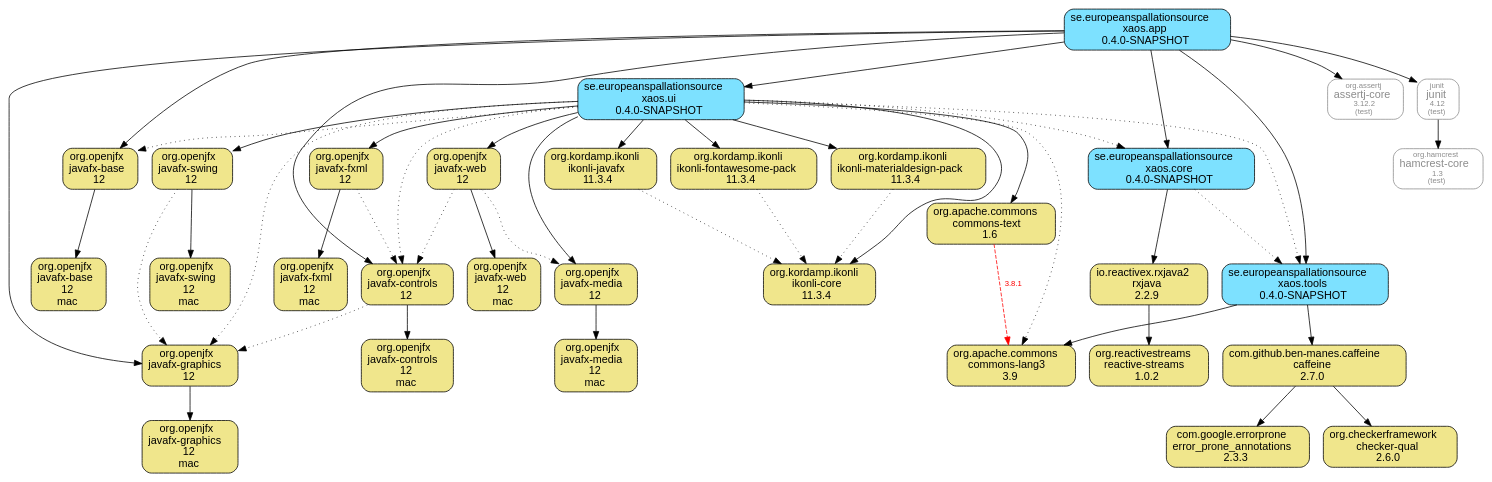
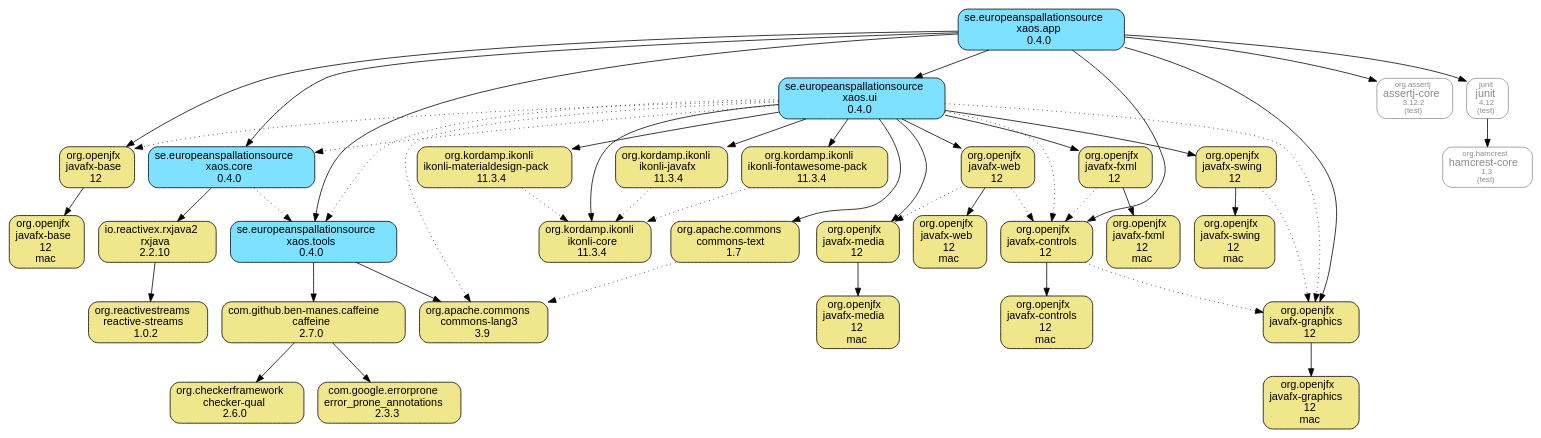
One commit to ESSICS/XAOS changed the diagram in xaos.app.module/doc/maven-dependencies.dot. Above: the diagram before and after it, drawn with Graphviz. The commit also changed 35 other files, not shown here.

```diff
--- a/xaos.app.module/doc/maven-dependencies.dot
+++ b/xaos.app.module/doc/maven-dependencies.dot
@@ -1,87 +1,87 @@
 digraph "xaos.app" {
   node [shape="box",style="rounded",fontname="Helvetica",fontsize="14"]
   edge [fontsize="10",fontname="Helvetica"]
 
   // Node Definitions:
   "org.openjfx:javafx-base:jar"[shape="box",style="rounded, filled",fillcolor="khaki",label=<org.openjfx<br/>javafx-base<br/>12>]
   "org.openjfx:javafx-base:jar:mac"[shape="box",style="rounded, filled",fillcolor="khaki",label=<org.openjfx<br/>javafx-base<br/>12<br/>mac>]
-  "se.europeanspallationsource:xaos.app:jar"[shape="box",style="rounded, filled",fillcolor="#7DE1FF",label=<se.europeanspallationsource<br/>xaos.app<br/>0.4.0-SNAPSHOT>]
+  "se.europeanspallationsource:xaos.app:jar"[shape="box",style="rounded, filled",fillcolor="#7DE1FF",label=<se.europeanspallationsource<br/>xaos.app<br/>0.4.0>]
   "org.openjfx:javafx-controls:jar"[shape="box",style="rounded, filled",fillcolor="khaki",label=<org.openjfx<br/>javafx-controls<br/>12>]
   "org.openjfx:javafx-controls:jar:mac"[shape="box",style="rounded, filled",fillcolor="khaki",label=<org.openjfx<br/>javafx-controls<br/>12<br/>mac>]
   "org.openjfx:javafx-graphics:jar"[shape="box",style="rounded, filled",fillcolor="khaki",label=<org.openjfx<br/>javafx-graphics<br/>12>]
   "org.openjfx:javafx-graphics:jar:mac"[shape="box",style="rounded, filled",fillcolor="khaki",label=<org.openjfx<br/>javafx-graphics<br/>12<br/>mac>]
-  "se.europeanspallationsource:xaos.tools:jar"[shape="box",style="rounded, filled",fillcolor="#7DE1FF",label=<se.europeanspallationsource<br/>xaos.tools<br/>0.4.0-SNAPSHOT>]
+  "se.europeanspallationsource:xaos.tools:jar"[shape="box",style="rounded, filled",fillcolor="#7DE1FF",label=<se.europeanspallationsource<br/>xaos.tools<br/>0.4.0>]
   "org.apache.commons:commons-lang3:jar"[shape="box",style="rounded, filled",fillcolor="khaki",label=<org.apache.commons<br/>commons-lang3<br/>3.9>]
   "com.github.ben-manes.caffeine:caffeine:jar"[shape="box",style="rounded, filled",fillcolor="khaki",label=<com.github.ben-manes.caffeine<br/>caffeine<br/>2.7.0>]
   "org.checkerframework:checker-qual:jar"[shape="box",style="rounded, filled",fillcolor="khaki",label=<org.checkerframework<br/>checker-qual<br/>2.6.0>]
   "com.google.errorprone:error_prone_annotations:jar"[shape="box",style="rounded, filled",fillcolor="khaki",label=<com.google.errorprone<br/>error_prone_annotations<br/>2.3.3>]
-  "io.reactivex.rxjava2:rxjava:jar"[shape="box",style="rounded, filled",fillcolor="khaki",label=<io.reactivex.rxjava2<br/>rxjava<br/>2.2.9>]
+  "io.reactivex.rxjava2:rxjava:jar"[shape="box",style="rounded, filled",fillcolor="khaki",label=<io.reactivex.rxjava2<br/>rxjava<br/>2.2.10>]
   "org.reactivestreams:reactive-streams:jar"[shape="box",style="rounded, filled",fillcolor="khaki",label=<org.reactivestreams<br/>reactive-streams<br/>1.0.2>]
-  "se.europeanspallationsource:xaos.core:jar"[shape="box",style="rounded, filled",fillcolor="#7DE1FF",label=<se.europeanspallationsource<br/>xaos.core<br/>0.4.0-SNAPSHOT>]
-  "se.europeanspallationsource:xaos.ui:jar"[shape="box",style="rounded, filled",fillcolor="#7DE1FF",label=<se.europeanspallationsource<br/>xaos.ui<br/>0.4.0-SNAPSHOT>]
+  "se.europeanspallationsource:xaos.core:jar"[shape="box",style="rounded, filled",fillcolor="#7DE1FF",label=<se.europeanspallationsource<br/>xaos.core<br/>0.4.0>]
+  "se.europeanspallationsource:xaos.ui:jar"[shape="box",style="rounded, filled",fillcolor="#7DE1FF",label=<se.europeanspallationsource<br/>xaos.ui<br/>0.4.0>]
   "org.openjfx:javafx-fxml:jar"[shape="box",style="rounded, filled",fillcolor="khaki",label=<org.openjfx<br/>javafx-fxml<br/>12>]
   "org.openjfx:javafx-fxml:jar:mac"[shape="box",style="rounded, filled",fillcolor="khaki",label=<org.openjfx<br/>javafx-fxml<br/>12<br/>mac>]
   "org.openjfx:javafx-media:jar"[shape="box",style="rounded, filled",fillcolor="khaki",label=<org.openjfx<br/>javafx-media<br/>12>]
   "org.openjfx:javafx-media:jar:mac"[shape="box",style="rounded, filled",fillcolor="khaki",label=<org.openjfx<br/>javafx-media<br/>12<br/>mac>]
   "org.openjfx:javafx-swing:jar"[shape="box",style="rounded, filled",fillcolor="khaki",label=<org.openjfx<br/>javafx-swing<br/>12>]
   "org.openjfx:javafx-swing:jar:mac"[shape="box",style="rounded, filled",fillcolor="khaki",label=<org.openjfx<br/>javafx-swing<br/>12<br/>mac>]
   "org.openjfx:javafx-web:jar"[shape="box",style="rounded, filled",fillcolor="khaki",label=<org.openjfx<br/>javafx-web<br/>12>]
   "org.openjfx:javafx-web:jar:mac"[shape="box",style="rounded, filled",fillcolor="khaki",label=<org.openjfx<br/>javafx-web<br/>12<br/>mac>]
-  "org.apache.commons:commons-text:jar"[shape="box",style="rounded, filled",fillcolor="khaki",label=<org.apache.commons<br/>commons-text<br/>1.6>]
+  "org.apache.commons:commons-text:jar"[shape="box",style="rounded, filled",fillcolor="khaki",label=<org.apache.commons<br/>commons-text<br/>1.7>]
   "org.kordamp.ikonli:ikonli-core:jar"[shape="box",style="rounded, filled",fillcolor="khaki",label=<org.kordamp.ikonli<br/>ikonli-core<br/>11.3.4>]
   "org.kordamp.ikonli:ikonli-javafx:jar"[shape="box",style="rounded, filled",fillcolor="khaki",label=<org.kordamp.ikonli<br/>ikonli-javafx<br/>11.3.4>]
   "org.kordamp.ikonli:ikonli-fontawesome-pack:jar"[shape="box",style="rounded, filled",fillcolor="khaki",label=<org.kordamp.ikonli<br/>ikonli-fontawesome-pack<br/>11.3.4>]
   "org.kordamp.ikonli:ikonli-materialdesign-pack:jar"[shape="box",style="rounded, filled",fillcolor="khaki",label=<org.kordamp.ikonli<br/>ikonli-materialdesign-pack<br/>11.3.4>]
   "org.assertj:assertj-core:jar"[shape="box",style="rounded",color="grey55",fontname="Helvetica",fontsize="14",fontcolor="grey55",label=<<font color="grey55" point-size="10">org.assertj</font><br/>assertj-core<font color="grey55" point-size="10"><br/>3.12.2</font><font color="grey55" point-size="10"><br/>(test)</font>>]
   "junit:junit:jar"[shape="box",style="rounded",color="grey55",fontname="Helvetica",fontsize="14",fontcolor="grey55",label=<<font color="grey55" point-size="10">junit</font><br/>junit<font color="grey55" point-size="10"><br/>4.12</font><font color="grey55" point-size="10"><br/>(test)</font>>]
   "org.hamcrest:hamcrest-core:jar"[shape="box",style="rounded",color="grey55",fontname="Helvetica",fontsize="14",fontcolor="grey55",label=<<font color="grey55" point-size="10">org.hamcrest</font><br/>hamcrest-core<font color="grey55" point-size="10"><br/>1.3</font><font color="grey55" point-size="10"><br/>(test)</font>>]
 
   // Edge Definitions:
   "org.openjfx:javafx-base:jar" -> "org.openjfx:javafx-base:jar:mac"
   "se.europeanspallationsource:xaos.app:jar" -> "org.openjfx:javafx-base:jar"
   "org.openjfx:javafx-controls:jar" -> "org.openjfx:javafx-controls:jar:mac"
   "org.openjfx:javafx-controls:jar" -> "org.openjfx:javafx-graphics:jar"[style="dotted"]
   "se.europeanspallationsource:xaos.app:jar" -> "org.openjfx:javafx-controls:jar"
   "org.openjfx:javafx-graphics:jar" -> "org.openjfx:javafx-graphics:jar:mac"
   "se.europeanspallationsource:xaos.app:jar" -> "org.openjfx:javafx-graphics:jar"
   "se.europeanspallationsource:xaos.tools:jar" -> "org.apache.commons:commons-lang3:jar"
   "com.github.ben-manes.caffeine:caffeine:jar" -> "org.checkerframework:checker-qual:jar"
   "com.github.ben-manes.caffeine:caffeine:jar" -> "com.google.errorprone:error_prone_annotations:jar"
   "se.europeanspallationsource:xaos.tools:jar" -> "com.github.ben-manes.caffeine:caffeine:jar"
   "se.europeanspallationsource:xaos.app:jar" -> "se.europeanspallationsource:xaos.tools:jar"
   "io.reactivex.rxjava2:rxjava:jar" -> "org.reactivestreams:reactive-streams:jar"
   "se.europeanspallationsource:xaos.core:jar" -> "io.reactivex.rxjava2:rxjava:jar"
   "se.europeanspallationsource:xaos.core:jar" -> "se.europeanspallationsource:xaos.tools:jar"[style="dotted"]
   "se.europeanspallationsource:xaos.app:jar" -> "se.europeanspallationsource:xaos.core:jar"
   "se.europeanspallationsource:xaos.ui:jar" -> "org.openjfx:javafx-base:jar"[style="dotted"]
   "se.europeanspallationsource:xaos.ui:jar" -> "org.openjfx:javafx-controls:jar"[style="dotted"]
   "org.openjfx:javafx-fxml:jar" -> "org.openjfx:javafx-fxml:jar:mac"
   "org.openjfx:javafx-fxml:jar" -> "org.openjfx:javafx-controls:jar"[style="dotted"]
   "se.europeanspallationsource:xaos.ui:jar" -> "org.openjfx:javafx-fxml:jar"
   "se.europeanspallationsource:xaos.ui:jar" -> "org.openjfx:javafx-graphics:jar"[style="dotted"]
   "org.openjfx:javafx-media:jar" -> "org.openjfx:javafx-media:jar:mac"
   "se.europeanspallationsource:xaos.ui:jar" -> "org.openjfx:javafx-media:jar"
   "org.openjfx:javafx-swing:jar" -> "org.openjfx:javafx-swing:jar:mac"
   "org.openjfx:javafx-swing:jar" -> "org.openjfx:javafx-graphics:jar"[style="dotted"]
   "se.europeanspallationsource:xaos.ui:jar" -> "org.openjfx:javafx-swing:jar"
   "org.openjfx:javafx-web:jar" -> "org.openjfx:javafx-web:jar:mac"
   "org.openjfx:javafx-web:jar" -> "org.openjfx:javafx-controls:jar"[style="dotted"]
   "org.openjfx:javafx-web:jar" -> "org.openjfx:javafx-media:jar"[style="dotted"]
   "se.europeanspallationsource:xaos.ui:jar" -> "org.openjfx:javafx-web:jar"
   "se.europeanspallationsource:xaos.ui:jar" -> "org.apache.commons:commons-lang3:jar"[style="dotted"]
-  "org.apache.commons:commons-text:jar" -> "org.apache.commons:commons-lang3:jar"[style="dashed",color="red",fontcolor="red",label="3.8.1"]
+  "org.apache.commons:commons-text:jar" -> "org.apache.commons:commons-lang3:jar"[style="dotted"]
   "se.europeanspallationsource:xaos.ui:jar" -> "org.apache.commons:commons-text:jar"
   "se.europeanspallationsource:xaos.ui:jar" -> "org.kordamp.ikonli:ikonli-core:jar"
   "org.kordamp.ikonli:ikonli-javafx:jar" -> "org.kordamp.ikonli:ikonli-core:jar"[style="dotted"]
   "se.europeanspallationsource:xaos.ui:jar" -> "org.kordamp.ikonli:ikonli-javafx:jar"
   "org.kordamp.ikonli:ikonli-fontawesome-pack:jar" -> "org.kordamp.ikonli:ikonli-core:jar"[style="dotted"]
   "se.europeanspallationsource:xaos.ui:jar" -> "org.kordamp.ikonli:ikonli-fontawesome-pack:jar"
   "org.kordamp.ikonli:ikonli-materialdesign-pack:jar" -> "org.kordamp.ikonli:ikonli-core:jar"[style="dotted"]
   "se.europeanspallationsource:xaos.ui:jar" -> "org.kordamp.ikonli:ikonli-materialdesign-pack:jar"
   "se.europeanspallationsource:xaos.ui:jar" -> "se.europeanspallationsource:xaos.tools:jar"[style="dotted"]
   "se.europeanspallationsource:xaos.ui:jar" -> "se.europeanspallationsource:xaos.core:jar"[style="dotted"]
   "se.europeanspallationsource:xaos.app:jar" -> "se.europeanspallationsource:xaos.ui:jar"
   "se.europeanspallationsource:xaos.app:jar" -> "org.assertj:assertj-core:jar"
   "junit:junit:jar" -> "org.hamcrest:hamcrest-core:jar"
   "se.europeanspallationsource:xaos.app:jar" -> "junit:junit:jar"
 }
```
